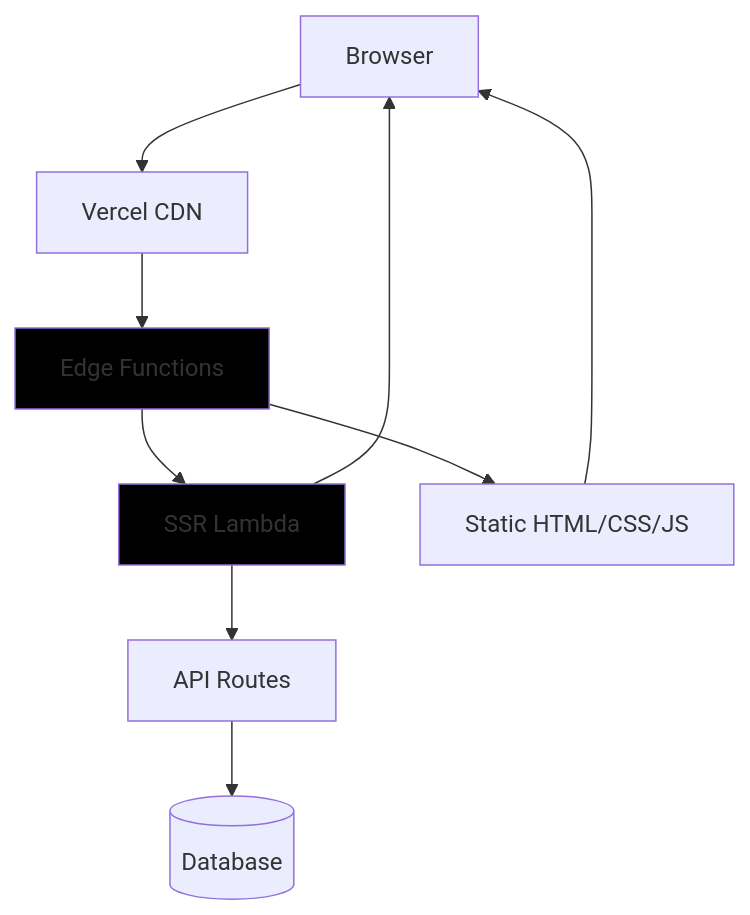
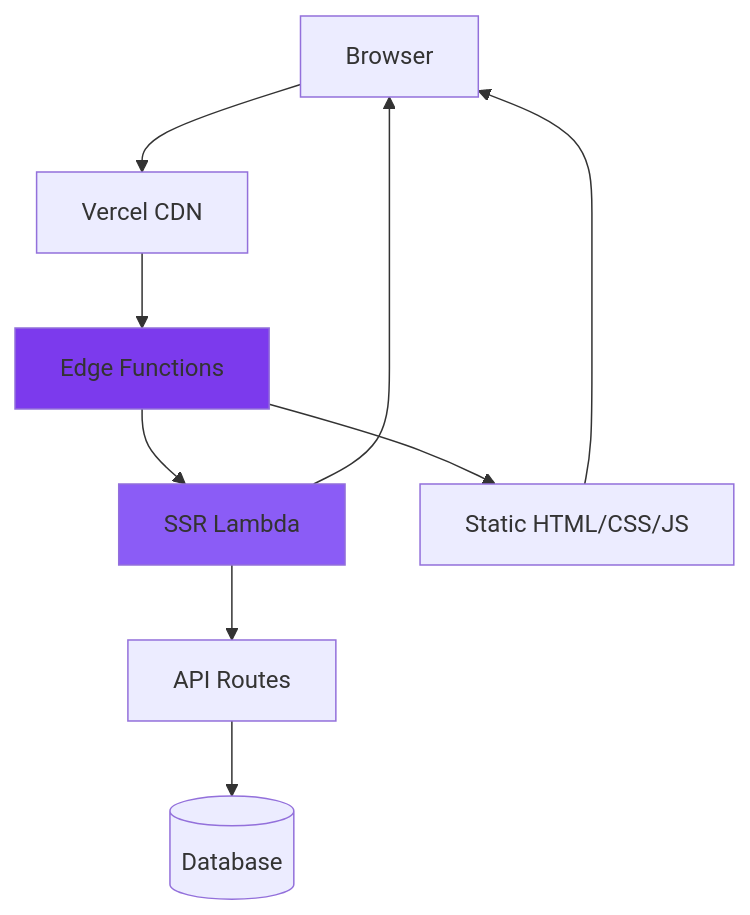
One commit to anton-abyzov/specweave changed the third of 5 diagrams in .specweave/docs/public/glossary/terms/nextjs.md. Above: the diagram before and after it, drawn with Mermaid. The commit also changed other lines of this file and 53 other files, not shown here.

First line of the commit message:
feat: multi-project sync architecture implementation

````diff
--- a/.specweave/docs/public/glossary/terms/nextjs.md
+++ b/.specweave/docs/public/glossary/terms/nextjs.md
@@ -77,16 +77,16 @@
 ```mermaid
 graph TB
     Browser[Browser] --> CDN[Vercel CDN]
     CDN --> EdgeFunc[Edge Functions]
     EdgeFunc --> SSR[SSR Lambda]
     EdgeFunc --> StaticFiles[Static HTML/CSS/JS]
 
     SSR --> API[API Routes]
     API --> DB[(Database)]
 
     StaticFiles --> Browser
     SSR --> Browser
 
-    style EdgeFunc fill:#000000
-    style SSR fill:#000000
+    style EdgeFunc fill:#7c3aed
+    style SSR fill:#8b5cf6
 ```
````
